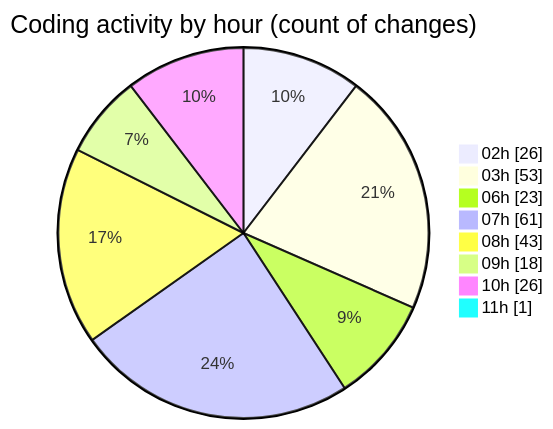
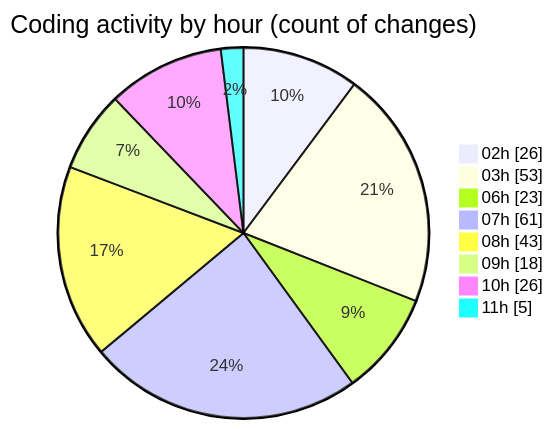
The second of 2 diagrams in 2025-02-22/micros/README.md (charlie-sans/code-tracking), drawn with Mermaid before and after one commit. The commit also changed other lines of this file and 1 other file, not shown here.

````diff
--- a/2025-02-22/micros/README.md
+++ b/2025-02-22/micros/README.md
@@ -78,12 +78,12 @@
 ```mermaid
 pie showData
 title Coding activity by hour (count of changes)
 "02h" : 26
 "03h" : 53
 "06h" : 23
 "07h" : 61
 "08h" : 43
 "09h" : 18
 "10h" : 26
-"11h" : 1
+"11h" : 5
 ```
````
